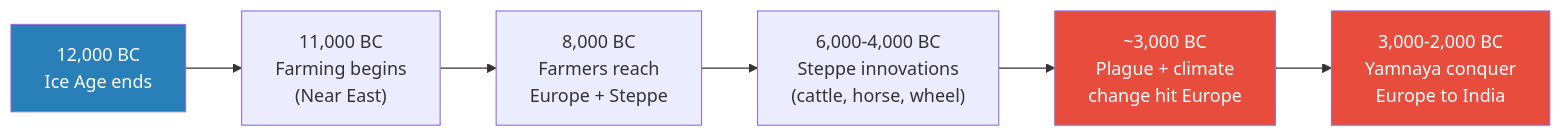
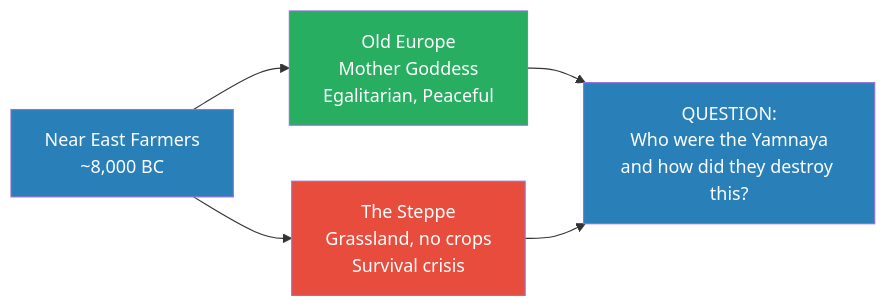
One commit to alius33/reader changed the first of 6 diagrams in summaries/Lectures/Civilization/05 - The Yamnaya Conquest of Europe.md. Above: the diagram before and after it, drawn with Mermaid. The commit also changed other lines of this file and 26 other files, not shown here.

````diff
--- a/summaries/Lectures/Civilization/05 - The Yamnaya Conquest of Europe.md
+++ b/summaries/Lectures/Civilization/05 - The Yamnaya Conquest of Europe.md
@@ -27,11 +55,11 @@
 ```mermaid
 flowchart LR
-    A["12,000 BC<br/>Ice Age ends"] --> B["11,000 BC<br/>Farming begins<br/>(Near East)"]
-    B --> C["8,000 BC<br/>Farmers reach<br/>Europe + Steppe"]
-    C --> D["6,000-4,000 BC<br/>Steppe innovations<br/>(cattle, horse, wheel)"]
-    D --> E["~3,000 BC<br/>Plague + climate<br/>change hit Europe"]
-    E --> F["3,000-2,000 BC<br/>Yamnaya conquer<br/>Europe to India"]
-    style A fill:#2980b9,color:#fff
-    style E fill:#e74c3c,color:#fff
-    style F fill:#e74c3c,color:#fff
+    NE["Near East Farmers<br/>~8,000 BC"] --> OE["Old Europe<br/>Mother Goddess<br/>Egalitarian, Peaceful"]
+    NE --> ST["The Steppe<br/>Grassland, no crops<br/>Survival crisis"]
+    OE --> QU["QUESTION:<br/>Who were the Yamnaya<br/>and how did they destroy this?"]
+    ST --> QU
+    style NE fill:#2980b9,color:#fff
+    style OE fill:#27ae60,color:#fff
+    style ST fill:#e74c3c,color:#fff
+    style QU fill:#2980b9,color:#fff
 ```
````
